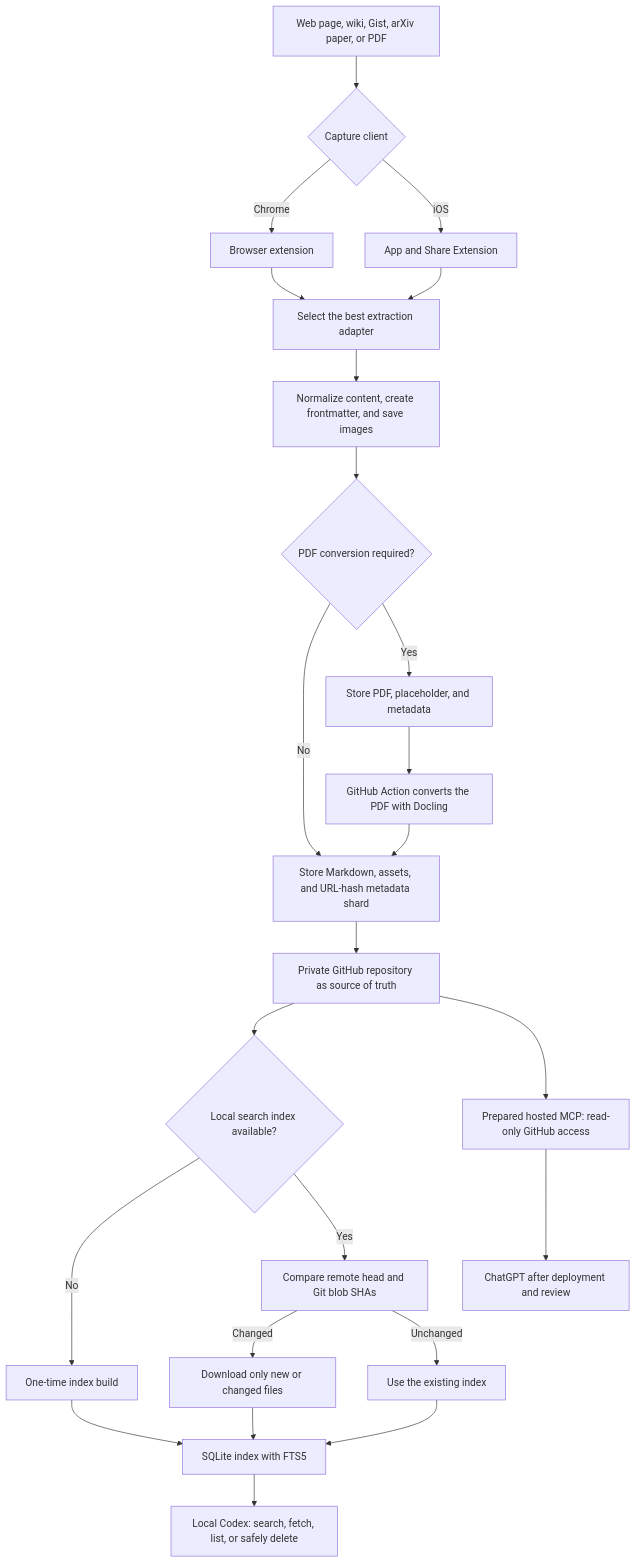
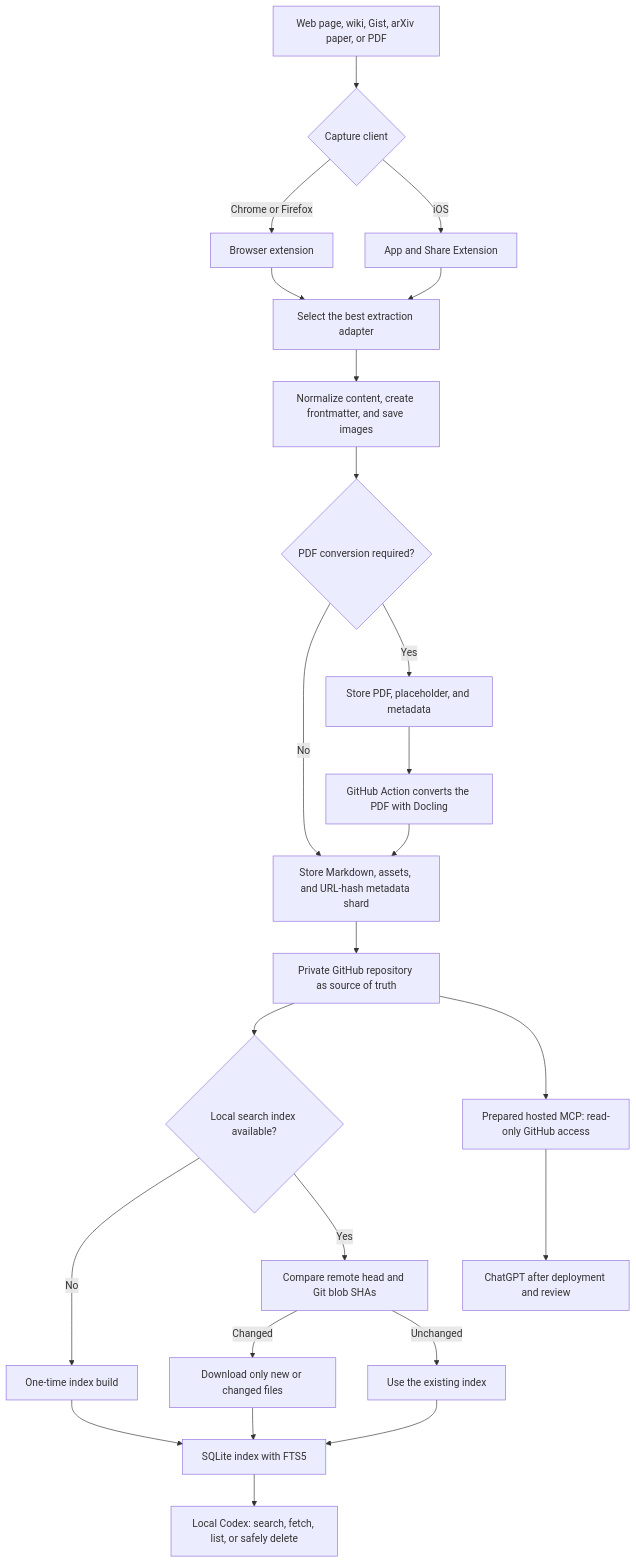
Before and after one commit to patrickschiller/sourcebraid: the diagram in README.md, drawn with Mermaid. The commit also changed other lines of this file and 15 other files, not shown here.

````diff
--- a/README.md
+++ b/README.md
@@ -31,26 +31,26 @@
 ```mermaid
 flowchart TD
     A["Web page, wiki, Gist, arXiv paper, or PDF"] --> B{"Capture client"}
-    B -->|Chrome| C["Browser extension"]
+    B -->|Chrome or Firefox| C["Browser extension"]
     B -->|iOS| D["App and Share Extension"]
     C --> E["Select the best extraction adapter"]
     D --> E
     E --> F["Normalize content, create frontmatter, and save images"]
     F --> G{"PDF conversion required?"}
     G -->|No| H["Store Markdown, assets, and URL-hash metadata shard"]
     G -->|Yes| I["Store PDF, placeholder, and metadata"]
     I --> J["GitHub Action converts the PDF with Docling"]
     J --> H
     H --> K["Private GitHub repository as source of truth"]
     K --> L{"Local search index available?"}
     L -->|No| M["One-time index build"]
     L -->|Yes| N["Compare remote head and Git blob SHAs"]
     N -->|Changed| O["Download only new or changed files"]
     N -->|Unchanged| P["Use the existing index"]
     M --> Q["SQLite index with FTS5"]
     O --> Q
     P --> Q
     Q --> R["Local Codex: search, fetch, list, or safely delete"]
     K --> S["Prepared hosted MCP: read-only GitHub access"]
     S --> T["ChatGPT after deployment and review"]
 ```
````
